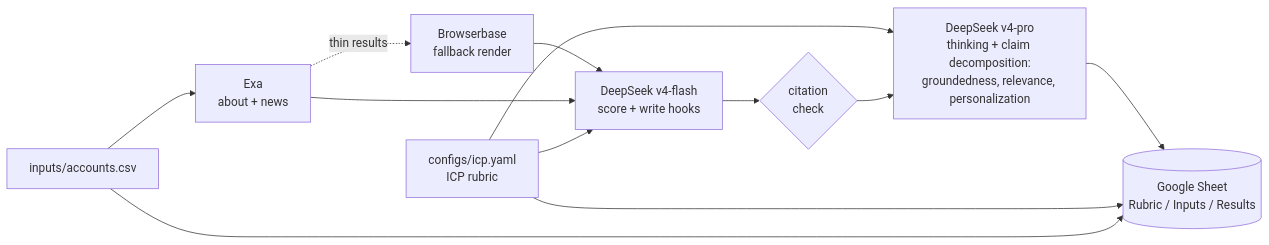
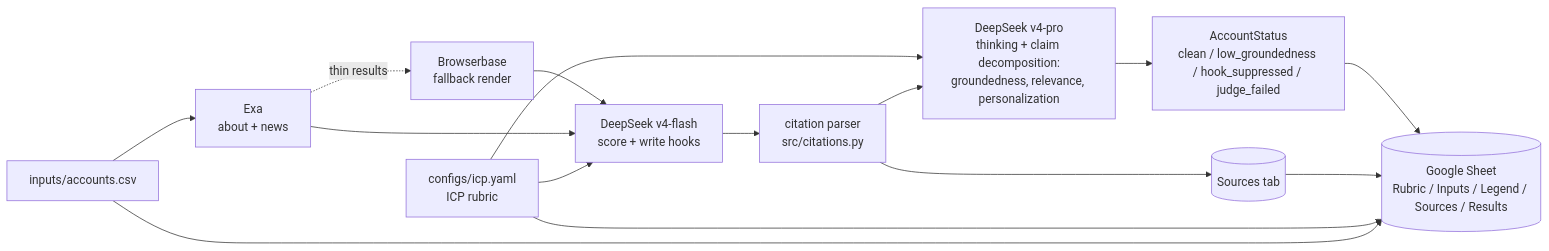
The diagram in README.md (pjnhek/poc_scraper), drawn with Mermaid before and after one commit. The commit also changed other lines of this file, not shown here.

````diff
--- a/README.md
+++ b/README.md
@@ -18,23 +28,28 @@
 ```mermaid
 flowchart LR
     csv[inputs/accounts.csv]
     icp[configs/icp.yaml<br/>ICP rubric]
     exa[Exa<br/>about + news]
     bb[Browserbase<br/>fallback render]
     writer[DeepSeek v4-flash<br/>score + write hooks]
-    cite{citation<br/>check}
+    citations[citation parser<br/>src/citations.py]
     judge[DeepSeek v4-pro<br/>thinking + claim decomposition:<br/>groundedness, relevance, personalization]
-    sheet[(Google Sheet<br/>Rubric / Inputs / Results)]
+    status[AccountStatus<br/>clean / low_groundedness / hook_suppressed / judge_failed]
+    sources[(Sources tab)]
+    sheet[(Google Sheet<br/>Rubric / Inputs / Legend / Sources / Results)]
 
     csv --> exa
     exa -. thin results .-> bb
     bb --> writer
     exa --> writer
     icp --> writer
     icp --> judge
-    writer --> cite
-    cite --> judge
-    judge --> sheet
+    writer --> citations
+    citations --> judge
+    citations --> sources
+    judge --> status
+    status --> sheet
+    sources --> sheet
     icp --> sheet
     csv --> sheet
 ```
````
